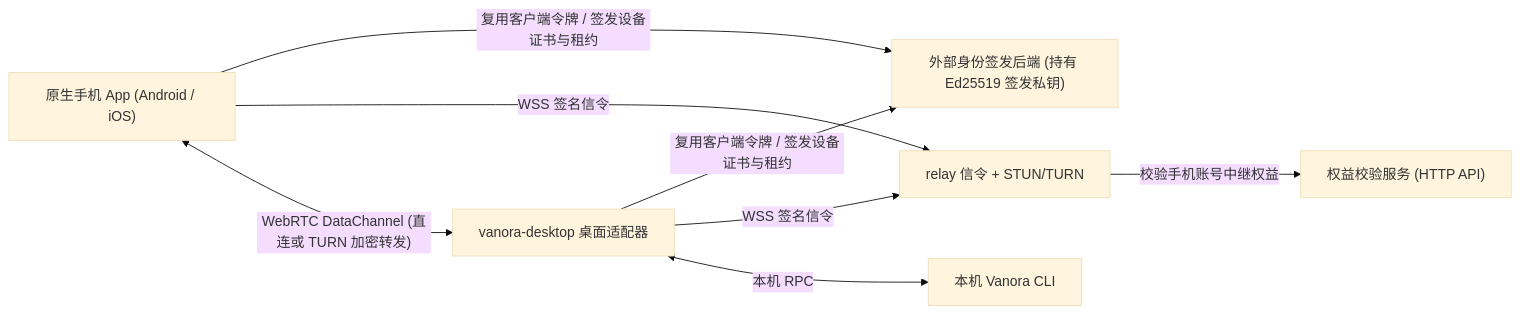
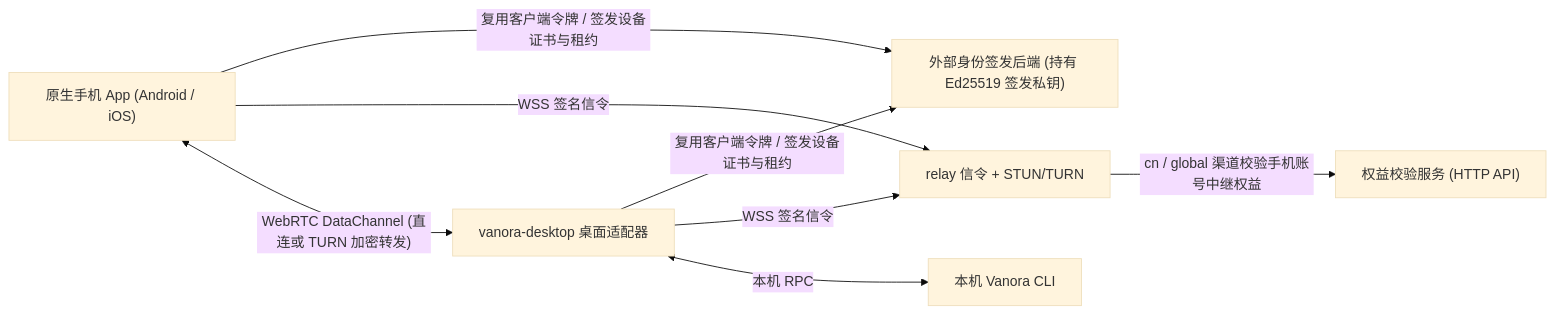
Before and after one commit to VANORA-Team/Vanora-relay: the diagram in README.md, drawn with Mermaid (base theme). The commit also changed other lines of this file and 6 other files, not shown here.

First line of the commit message:
feat(relay): add cn, global and self-hosted relay channels

````diff
--- a/README.md
+++ b/README.md
@@ -15,17 +16,17 @@
 ```mermaid
 flowchart LR
     Mobile["原生手机 App (Android / iOS)"]
     Desktop["vanora-desktop 桌面适配器"]
     Vanora["本机 Vanora CLI"]
     Identity["外部身份签发后端 (持有 Ed25519 签发私钥)"]
     Relay["relay 信令 + STUN/TURN"]
     Entitlement["权益校验服务 (HTTP API)"]
 
     Mobile -- "复用客户端令牌 / 签发设备证书与租约" --> Identity
     Desktop -- "复用客户端令牌 / 签发设备证书与租约" --> Identity
     Mobile -- "WSS 签名信令" --> Relay
     Desktop -- "WSS 签名信令" --> Relay
-    Relay -- "校验手机账号中继权益" --> Entitlement
+    Relay -- "cn / global 渠道校验手机账号中继权益" --> Entitlement
     Mobile <-- "WebRTC DataChannel (直连或 TURN 加密转发)" --> Desktop
     Desktop <-- "本机 RPC" --> Vanora
 ```
````
